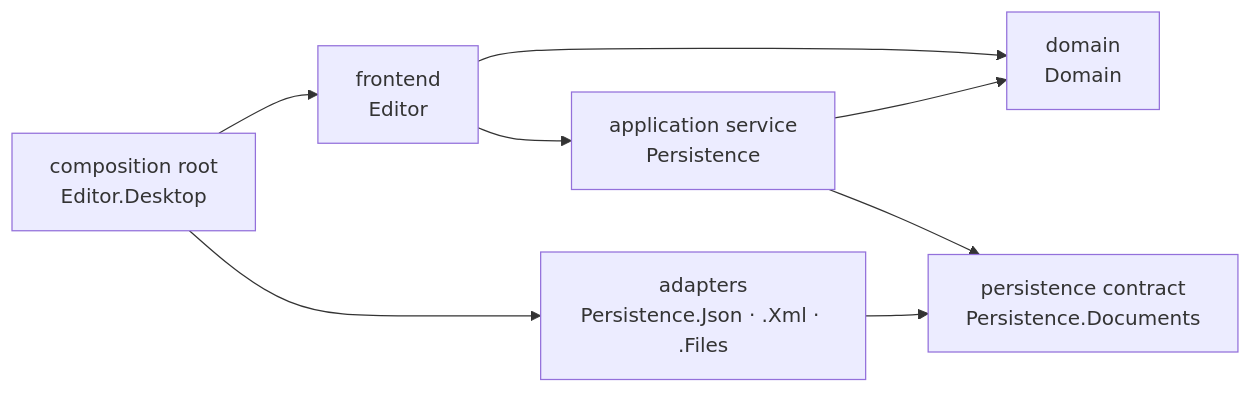
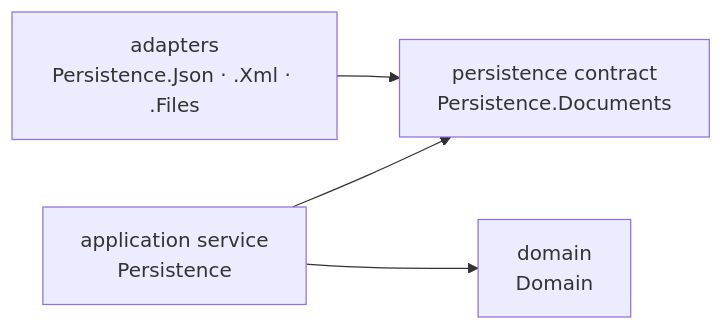
Before and after one commit to tiancama/Nodeheim: the diagram in README.md, drawn with Mermaid. The commit also changed other lines of this file and 34 other files, not shown here.

````diff
--- a/README.md
+++ b/README.md
@@ -20,10 +20,6 @@
 ```mermaid
 flowchart LR
-    Root["composition root<br/>Editor.Desktop"] --> Frontend["frontend<br/>Editor"]
-    Root --> Adapter["adapters<br/>Persistence.Json · .Xml · .Files"]
-    Frontend --> App["application service<br/>Persistence"]
-    Frontend --> Domain["domain<br/>Domain"]
-    App --> Domain
-    App --> Contract["persistence contract<br/>Persistence.Documents"]
-    Adapter --> Contract
+    Adapter["adapters<br/>Persistence.Json · .Xml · .Files"] --> Contract["persistence contract<br/>Persistence.Documents"]
+    App["application service<br/>Persistence"] --> Domain["domain<br/>Domain"]
+    App --> Contract
 ```
````
